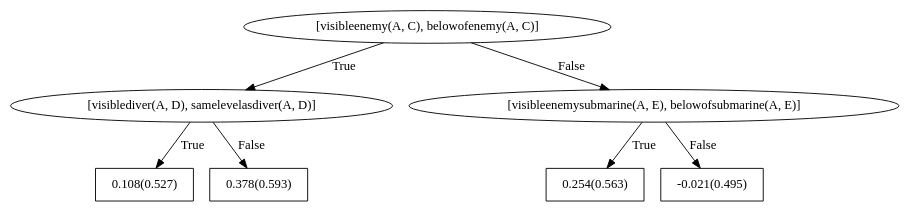
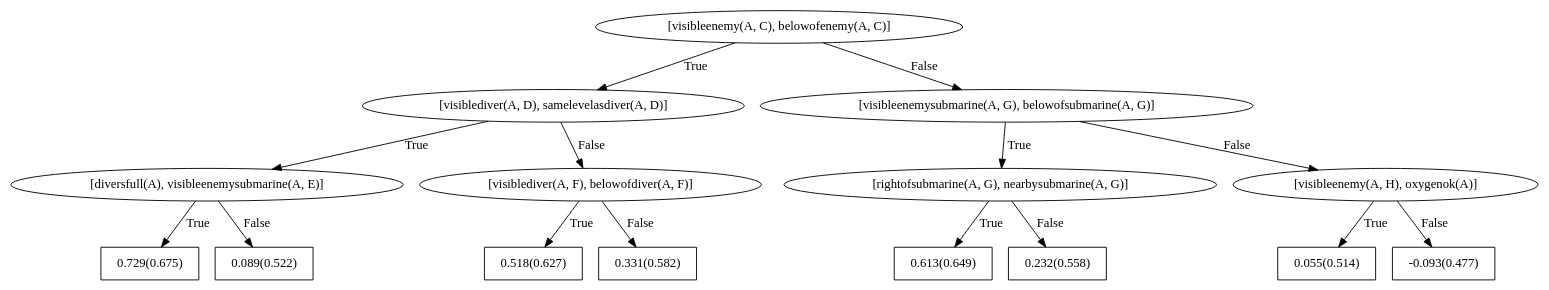
One commit to nikhileshp/NeSY-Imitation-Learning changed the diagram in rdn_models/seaquest/all/negpos_2_trees_1_depth_2/up/seed_123/bRDNs/dotFiles/WILLTreeFor_action0.dot. Above: the diagram before and after it, drawn with Graphviz. The commit also changed 4963 other files, not shown here.

```diff
--- a/rdn_models/seaquest/all/negpos_2_trees_1_depth_2/up/seed_123/bRDNs/dotFiles/WILLTreeFor_action0.dot
+++ b/rdn_models/seaquest/all/negpos_2_trees_1_depth_2/up/seed_123/bRDNs/dotFiles/WILLTreeFor_action0.dot
@@ -1,15 +1,31 @@
 digraph G{ 
 1[label = "[visibleenemy(A, C), belowofenemy(A, C)]"];
 1 -> 2[label="True"];
 1 -> 3[label="False"];
 2[label = "[visiblediver(A, D), samelevelasdiver(A, D)]"];
 2 -> 4[label="True"];
 2 -> 5[label="False"];
-4[shape = box,label = "0.108(0.527)"];
-5[shape = box,label = "0.378(0.593)"];
-3[label = "[visibleenemysubmarine(A, E), belowofsubmarine(A, E)]"];
-3 -> 6[label="True"];
-3 -> 7[label="False"];
-6[shape = box,label = "0.254(0.563)"];
-7[shape = box,label = "-0.021(0.495)"];
+4[label = "[diversfull(A), visibleenemysubmarine(A, E)]"];
+4 -> 6[label="True"];
+4 -> 7[label="False"];
+6[shape = box,label = "0.729(0.675)"];
+7[shape = box,label = "0.089(0.522)"];
+5[label = "[visiblediver(A, F), belowofdiver(A, F)]"];
+5 -> 8[label="True"];
+5 -> 9[label="False"];
+8[shape = box,label = "0.518(0.627)"];
+9[shape = box,label = "0.331(0.582)"];
+3[label = "[visibleenemysubmarine(A, G), belowofsubmarine(A, G)]"];
+3 -> 10[label="True"];
+3 -> 11[label="False"];
+10[label = "[rightofsubmarine(A, G), nearbysubmarine(A, G)]"];
+10 -> 12[label="True"];
+10 -> 13[label="False"];
+12[shape = box,label = "0.613(0.649)"];
+13[shape = box,label = "0.232(0.558)"];
+11[label = "[visibleenemy(A, H), oxygenok(A)]"];
+11 -> 14[label="True"];
+11 -> 15[label="False"];
+14[shape = box,label = "0.055(0.514)"];
+15[shape = box,label = "-0.093(0.477)"];
 }
```
